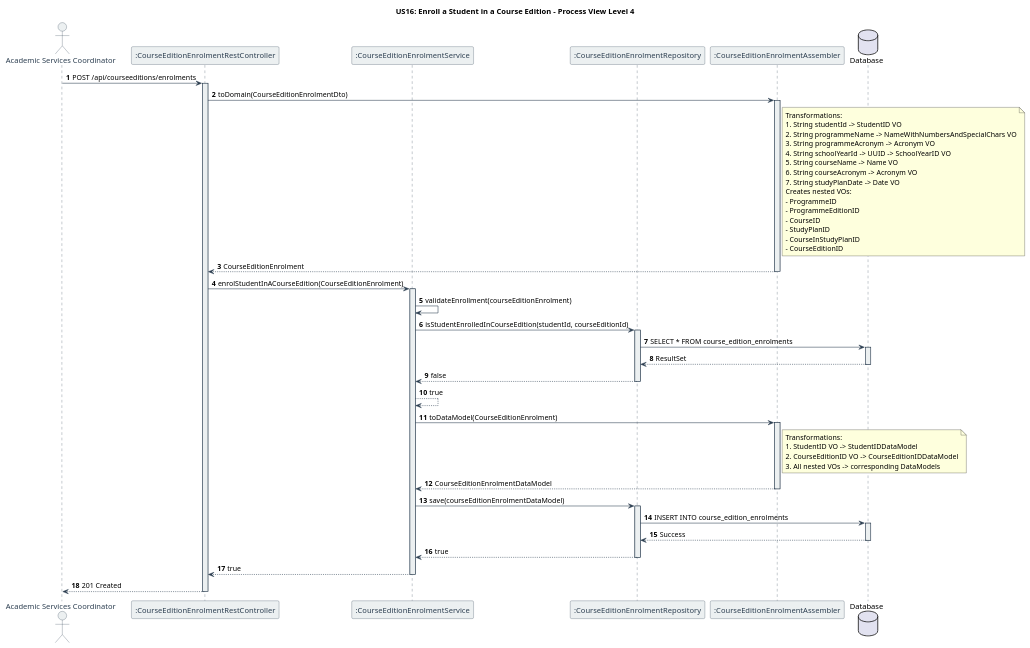
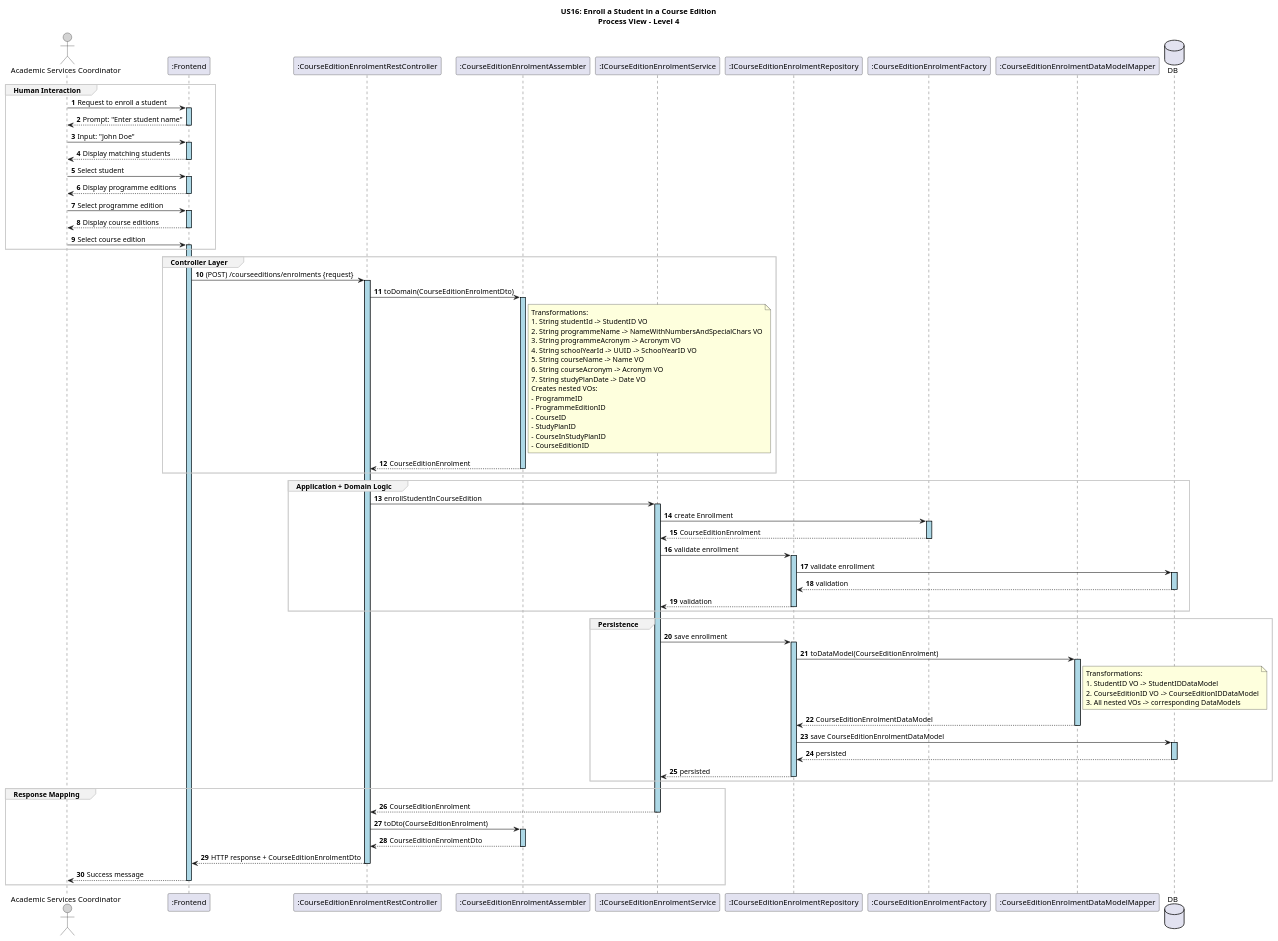
Before and after one commit to GasparISEP/DevOps-PAI: the diagram in docs/US16/sprint6_RestController/process_view/Level4.puml, drawn with PlantUML. The commit also changed 3 other files, not shown here.

Commit message:
docs: Revise Level3, Level4, and add Level5 and Level6 process view diagrams for student enrollment in course editions, enhancing clarity and detail in the REST API workflow. refs #500

```diff
--- a/docs/US16/sprint6_RestController/process_view/Level4.puml
+++ b/docs/US16/sprint6_RestController/process_view/Level4.puml
@@ -1,93 +1,93 @@
 @startuml
-title US16: Enroll a Student in a Course Edition - Process View Level 4
+
+title US16: Enroll a Student in a Course Edition\nProcess View – Level 4
+
 autonumber
-
-' Set colors for different types of lines
 skinparam sequence {
-    ArrowColor #2C3E50
-    LifeLineBorderColor #2C3E50
-    LifeLineBackgroundColor #ECF0F1
-    ParticipantBorderColor #2C3E50
-    ParticipantBackgroundColor #ECF0F1
-    ParticipantFontColor #2C3E50
-    ActorBorderColor #2C3E50
-    ActorBackgroundColor #ECF0F1
-    ActorFontColor #2C3E50
-    DatabaseBorderColor #2C3E50
-    DatabaseBackgroundColor #ECF0F1
-    DatabaseFontColor #2C3E50
+    LifelineBorderColor black
+    LifelineBackgroundColor LightBlue
+    ActorBorderColor black
+    ActorBackgroundColor LightGray
+    GroupBorderColor #cccccc
+    GroupBackgroundColor #f2f2f2
 }
 
 actor "Academic Services Coordinator" as ASC
+participant ":Frontend" as UI
 participant ":CourseEditionEnrolmentRestController" as Controller
-participant ":CourseEditionEnrolmentService" as Service
-participant ":CourseEditionEnrolmentRepository" as Repository
 participant ":CourseEditionEnrolmentAssembler" as Assembler
-database "Database" as DB
+participant ":ICourseEditionEnrolmentService" as Service
+participant ":ICourseEditionEnrolmentRepository" as Repository
+participant ":CourseEditionEnrolmentFactory" as Factory
+participant ":CourseEditionEnrolmentDataModelMapper" as DataModelMapper
+database "DB" as SpringDataRepo
 
-ASC -> Controller: POST /api/courseeditions/enrolments
-activate Controller
+group Human Interaction
+ASC -> UI ++: Request to enroll a student
+UI --> ASC --: Prompt: "Enter student name"
+ASC -> UI ++: Input: "John Doe"
+UI --> ASC --: Display matching students
+ASC -> UI ++: Select student
+UI --> ASC --: Display programme editions
+ASC -> UI ++: Select programme edition
+UI --> ASC --: Display course editions
+ASC -> UI ++: Select course edition
+end group
 
-Controller -> Assembler: toDomain(CourseEditionEnrolmentDto)
-activate Assembler
+group Controller Layer
+UI -> Controller ++: (POST) /courseeditions/enrolments {request}
+Controller -> Assembler ++: toDomain(CourseEditionEnrolmentDto)
 note right of Assembler
   Transformations:
   1. String studentId -> StudentID VO
   2. String programmeName -> NameWithNumbersAndSpecialChars VO
   3. String programmeAcronym -> Acronym VO
   4. String schoolYearId -> UUID -> SchoolYearID VO
   5. String courseName -> Name VO
   6. String courseAcronym -> Acronym VO
   7. String studyPlanDate -> Date VO
   Creates nested VOs:
   - ProgrammeID
   - ProgrammeEditionID
   - CourseID
   - StudyPlanID
   - CourseInStudyPlanID
   - CourseEditionID
 end note
-Assembler --> Controller: CourseEditionEnrolment
-deactivate Assembler
+Assembler --> Controller --: CourseEditionEnrolment
+end group
 
-Controller -> Service: enrolStudentInACourseEdition(CourseEditionEnrolment)
-activate Service
+group Application + Domain Logic
+Controller -> Service ++: enrollStudentInCourseEdition
+Service -> Factory ++: create Enrollment
+Factory --> Service --: CourseEditionEnrolment
+Service -> Repository ++: validate enrollment
+Repository -> SpringDataRepo ++: validate enrollment
+SpringDataRepo --> Repository --: validation
+Repository --> Service --: validation
+end group
 
-Service -> Service: validateEnrollment(courseEditionEnrolment)
-Service -> Repository: isStudentEnrolledInCourseEdition(studentId, courseEditionId)
-activate Repository
-Repository -> DB: SELECT * FROM course_edition_enrolments
-activate DB
-DB --> Repository: ResultSet
-deactivate DB
-Repository --> Service: false
-deactivate Repository
-Service --> Service: true
-
-Service -> Assembler: toDataModel(CourseEditionEnrolment)
-activate Assembler
-note right of Assembler
+group Persistence
+Service -> Repository ++: save enrollment
+Repository -> DataModelMapper ++: toDataModel(CourseEditionEnrolment)
+note right of DataModelMapper
   Transformations:
   1. StudentID VO -> StudentIDDataModel
   2. CourseEditionID VO -> CourseEditionIDDataModel
   3. All nested VOs -> corresponding DataModels
 end note
-Assembler --> Service: CourseEditionEnrolmentDataModel
-deactivate Assembler
+DataModelMapper --> Repository --: CourseEditionEnrolmentDataModel
+Repository -> SpringDataRepo ++: save CourseEditionEnrolmentDataModel
+SpringDataRepo --> Repository --: persisted
+Repository --> Service --: persisted
+end group
 
-Service -> Repository: save(courseEditionEnrolmentDataModel)
-activate Repository
-Repository -> DB: INSERT INTO course_edition_enrolments
-activate DB
-DB --> Repository: Success
-deactivate DB
-Repository --> Service: true
-deactivate Repository
+group Response Mapping
+Service --> Controller --: CourseEditionEnrolment
+Controller -> Assembler ++: toDto(CourseEditionEnrolment)
+Assembler --> Controller --: CourseEditionEnrolmentDto
+Controller --> UI --: HTTP response + CourseEditionEnrolmentDto
+UI --> ASC --: Success message
+end group
 
-Service --> Controller: true
-deactivate Service
-
-Controller --> ASC: 201 Created
-deactivate Controller
-
-@enduml 
+@enduml
```
